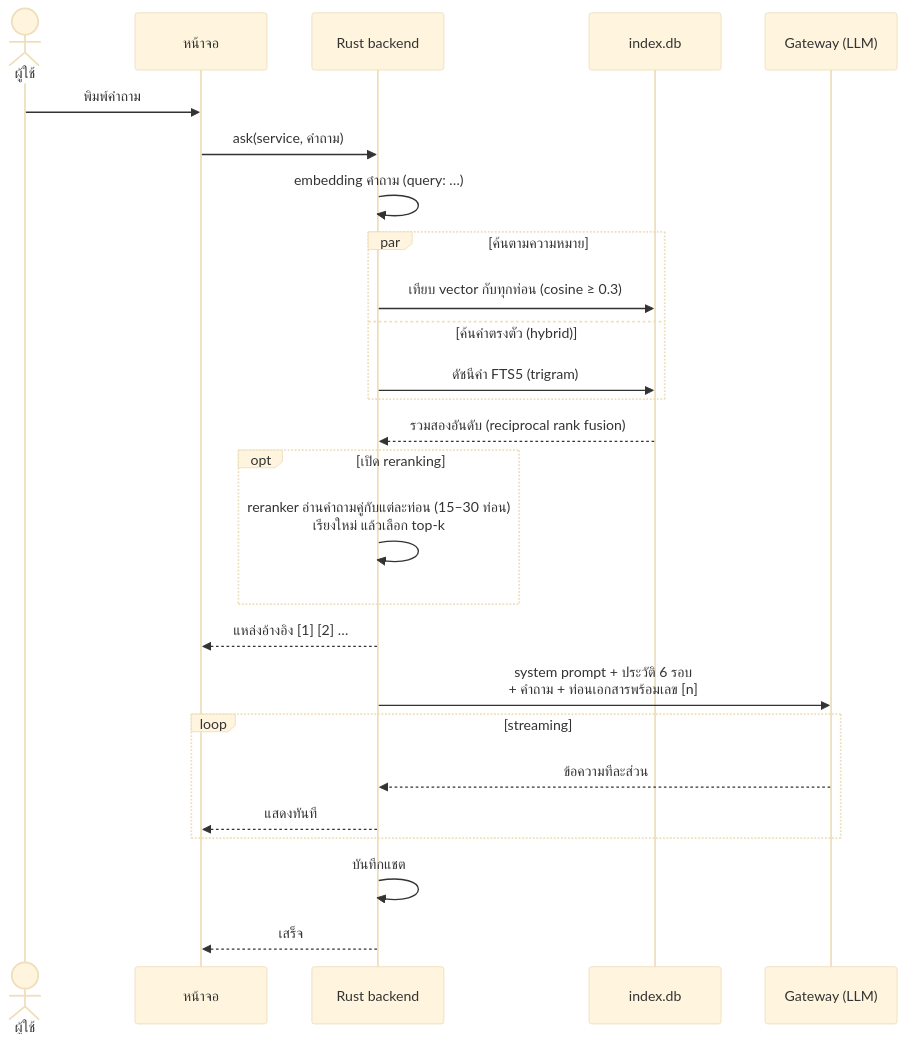
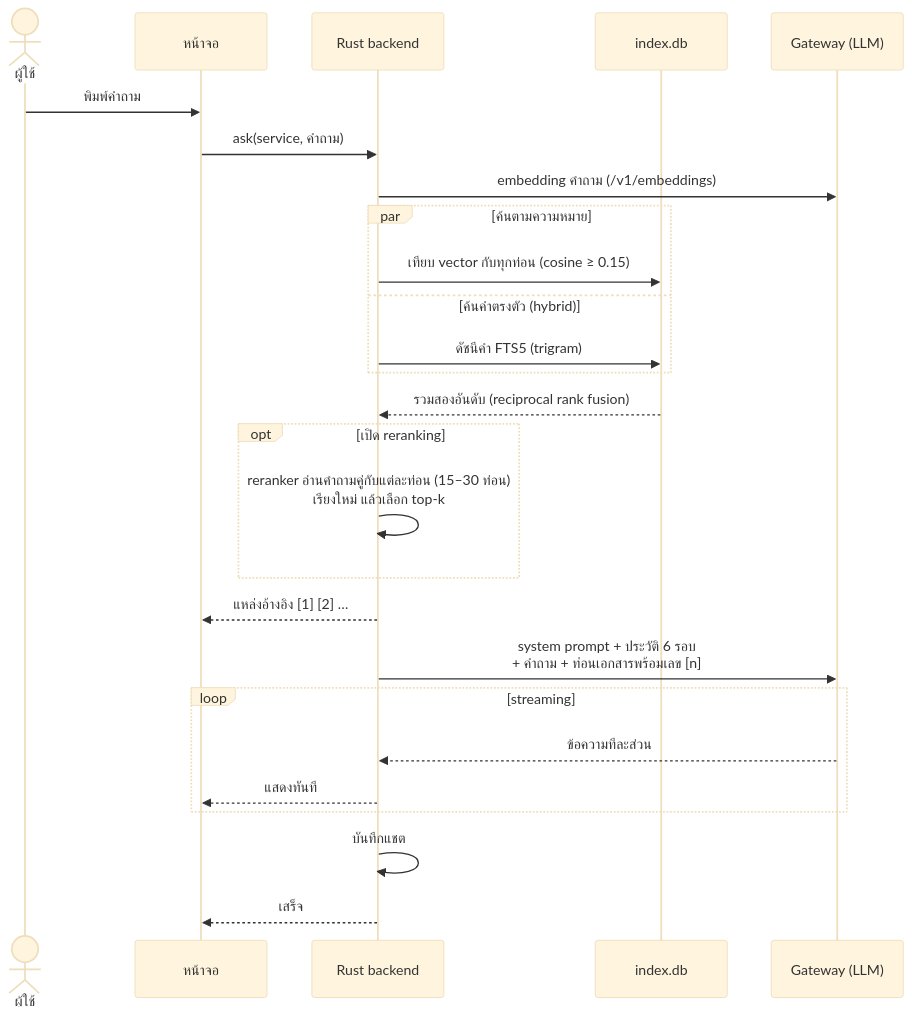
The fourth of 5 diagrams in README.md (bebarboss/local_notebook), drawn with Mermaid (base theme) before and after one commit. The commit also changed other lines of this file and 25 other files, not shown here.

````diff
--- a/README.md
+++ b/README.md
@@ -147,29 +162,29 @@
 ```mermaid
 sequenceDiagram
     actor U as ผู้ใช้
     participant UI as หน้าจอ
     participant R as Rust backend
     participant DB as index.db
     participant GW as Gateway (LLM)
 
     U->>UI: พิมพ์คำถาม
     UI->>R: ask(service, คำถาม)
-    R->>R: embedding คำถาม (query: …)
+    R->>GW: embedding คำถาม (/v1/embeddings)
     par ค้นตามความหมาย
-        R->>DB: เทียบ vector กับทุกท่อน (cosine ≥ 0.3)
+        R->>DB: เทียบ vector กับทุกท่อน (cosine ≥ 0.15)
     and ค้นคำตรงตัว (hybrid)
         R->>DB: ดัชนีคำ FTS5 (trigram)
     end
     DB-->>R: รวมสองอันดับ (reciprocal rank fusion)
     opt เปิด reranking
         R->>R: reranker อ่านคำถามคู่กับแต่ละท่อน (15–30 ท่อน)<br/>เรียงใหม่ แล้วเลือก top-k
     end
     R-->>UI: แหล่งอ้างอิง [1] [2] …
     R->>GW: system prompt + ประวัติ 6 รอบ<br/>+ คำถาม + ท่อนเอกสารพร้อมเลข [n]
     loop streaming
         GW-->>R: ข้อความทีละส่วน
         R-->>UI: แสดงทันที
     end
     R->>R: บันทึกแชต
     R-->>UI: เสร็จ
 ```
````
